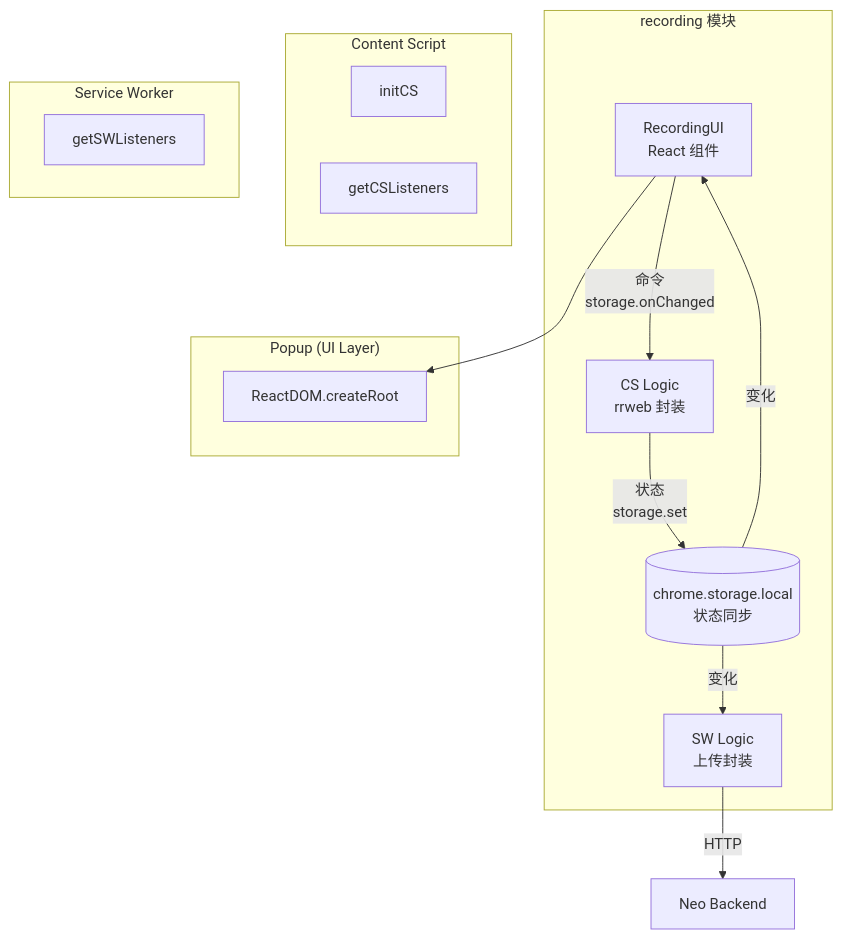
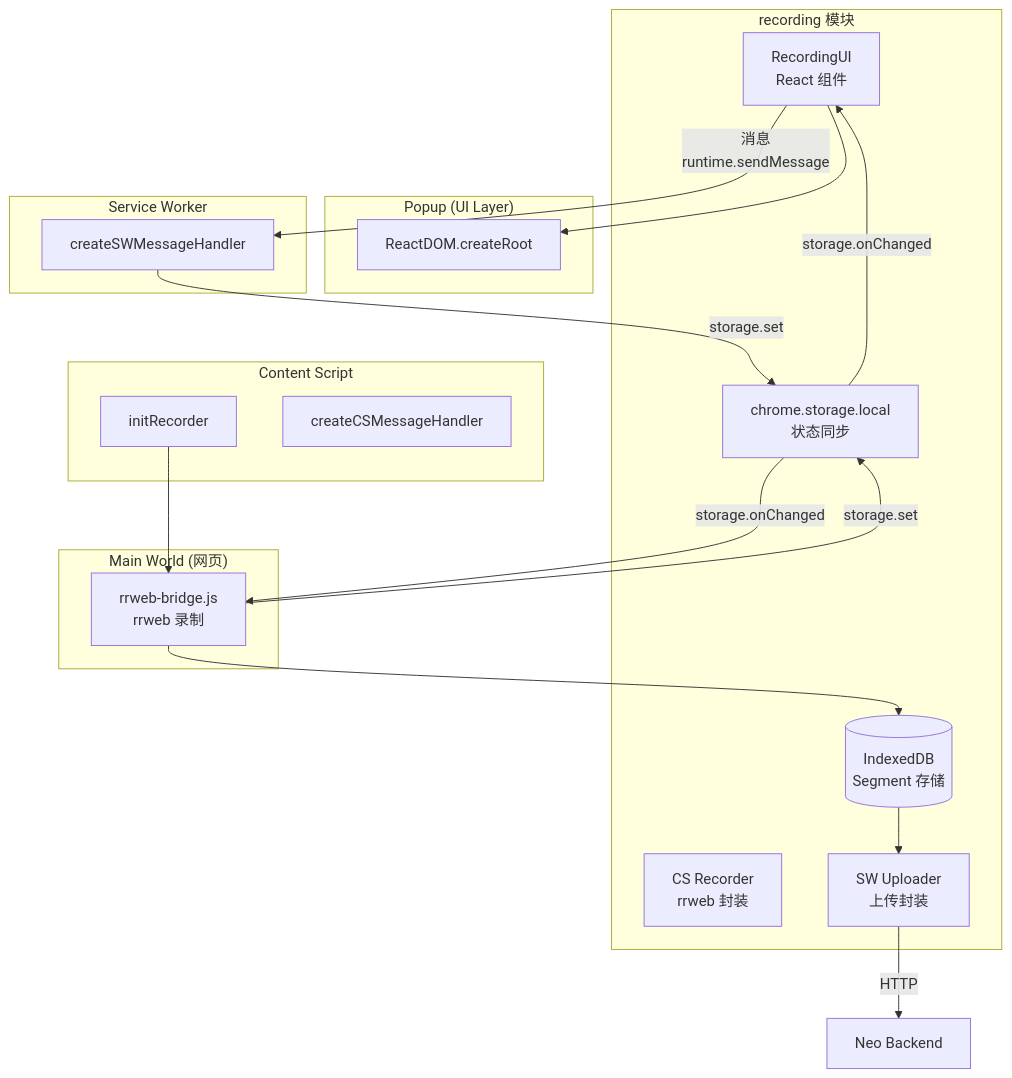
The first of 2 diagrams in neo/design/docs/technical/agent-steer/recording.md (zhaoxin34/matrix), drawn with Mermaid before and after one commit. The commit also changed other lines of this file and 28 other files, not shown here.

````diff
--- a/neo/design/docs/technical/agent-steer/recording.md
+++ b/neo/design/docs/technical/agent-steer/recording.md
@@ -34,29 +34,39 @@
 ```mermaid
 graph TB
     subgraph RecordingModule["recording 模块"]
         UI[RecordingUI<br/>React 组件]
-        CSLogic[CS Logic<br/>rrweb 封装]
-        SWLogic[SW Logic<br/>上传封装]
-        Storage[(chrome.storage.local<br/>状态同步)]
+        CSLogic[CS Recorder<br/>rrweb 封装]
+        SWLogic[SW Uploader<br/>上传封装]
+        DB[(IndexedDB<br/>Segment 存储)]
+        StorageAPI[chrome.storage.local<br/>状态同步]
     end
     
     subgraph Popup["Popup (UI Layer)"]
         Root[ReactDOM.createRoot]
         UI --> Root
     end
     
+    subgraph MainWorld["Main World (网页)"]
+        RRWebBridge[rrweb-bridge.js<br/>rrweb 录制]
+        DB
+    end
+    
     subgraph CS["Content Script"]
-        Init[initCS]
-        ListenersCS[getCSListeners]
+        Init[initRecorder]
+        Handler[createCSMessageHandler]
+        Init --> RRWebBridge
     end
     
     subgraph SW["Service Worker"]
-        ListenersSW[getSWListeners]
+        SWHandler[createSWMessageHandler]
     end
     
-    UI -->|"命令<br/>storage.onChanged"| CSLogic
-    CSLogic -->|"状态<br/>storage.set"| Storage
-    Storage -->|"变化"| UI
-    Storage -->|"变化"| SWLogic
+    UI -->|"消息<br/>runtime.sendMessage"| SWHandler
+    SWHandler -->|"storage.set"| StorageAPI
+    StorageAPI -->|"storage.onChanged"| RRWebBridge
+    RRWebBridge -->|"storage.set"| StorageAPI
+    StorageAPI -->|"storage.onChanged"| UI
+    RRWebBridge --> DB
+    DB --> SWLogic
     SWLogic -->|"HTTP"| Backend[Neo Backend]
 ```
````
